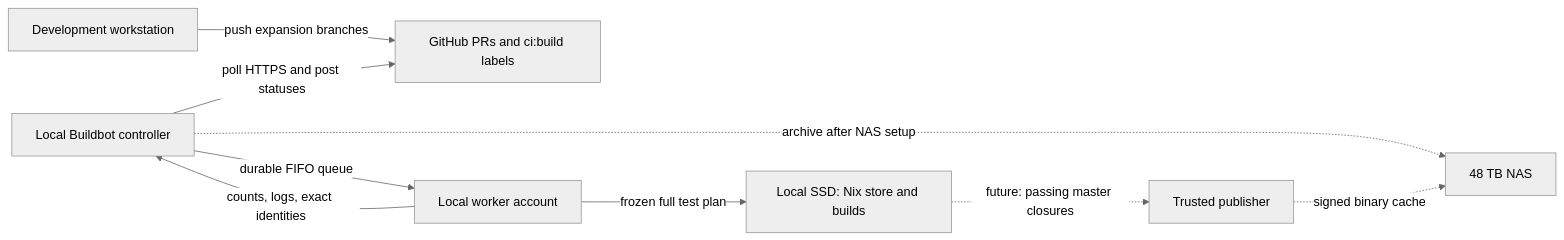
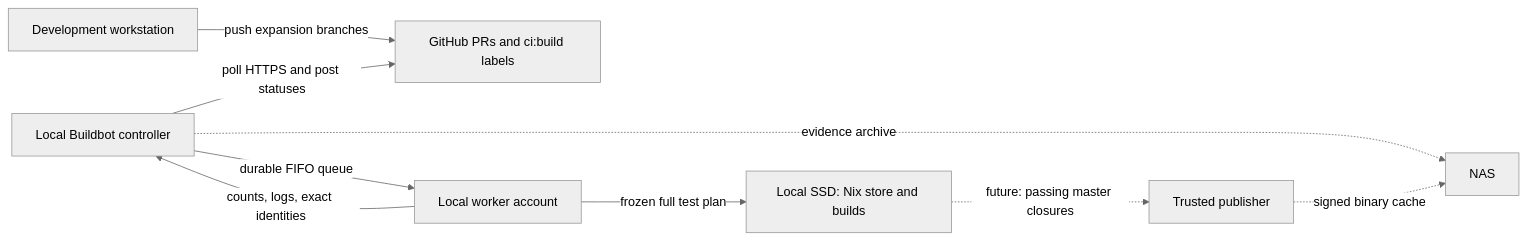
One commit to trayanr/tvp changed the diagram in ci/ARCHITECTURE.md. Above: the diagram before and after it, drawn with Mermaid (neutral theme). The commit also changed other lines of this file and 5 other files, not shown here.

````diff
--- a/ci/ARCHITECTURE.md
+++ b/ci/ARCHITECTURE.md
@@ -19,11 +20,11 @@
 ```mermaid
 flowchart LR
     developer[Development workstation] -->|push expansion branches| github[GitHub PRs and ci:build labels]
     controller[Local Buildbot controller] -->|poll HTTPS and post statuses| github
     controller -->|durable FIFO queue| worker[Local worker account]
     worker -->|frozen full test plan| store[Local SSD: Nix store and builds]
     worker -->|counts, logs, exact identities| controller
-    controller -. archive after NAS setup .-> nas[48 TB NAS]
+    controller -. evidence archive .-> nas[NAS]
     store -. future: passing master closures .-> publisher[Trusted publisher]
     publisher -. signed binary cache .-> nas
 ```
````
